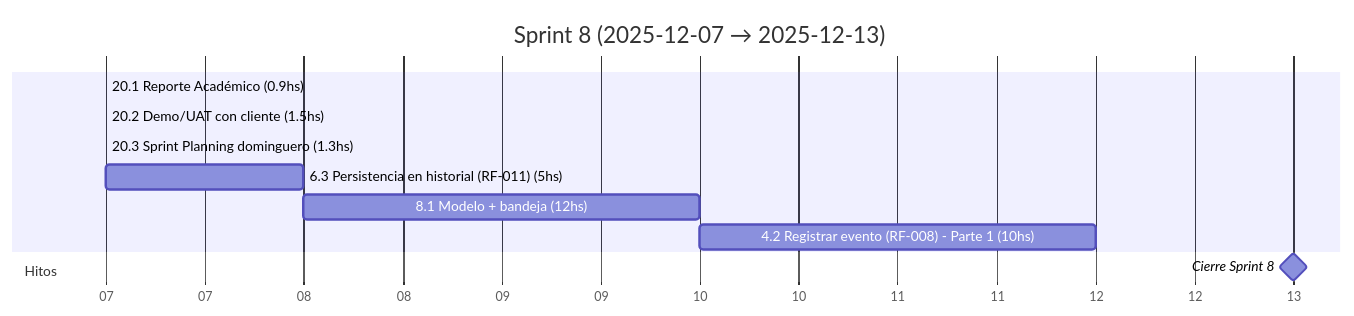
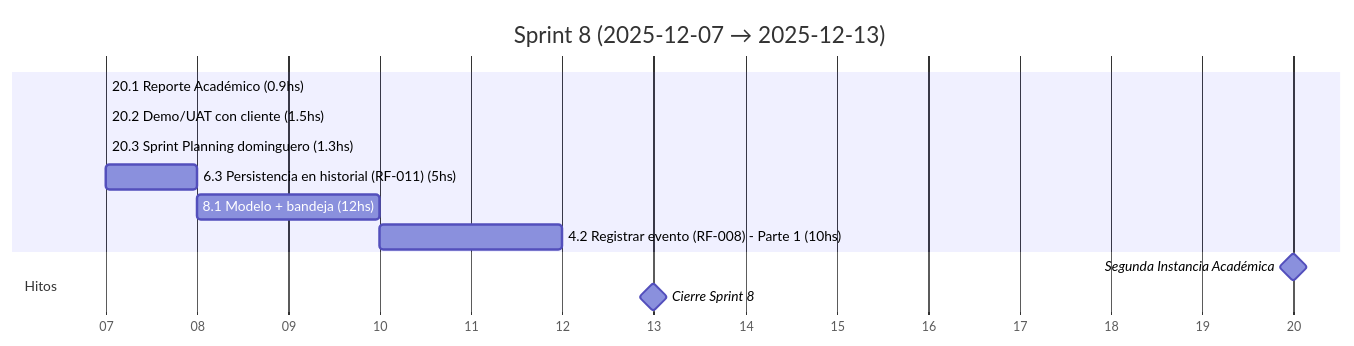
The ninth of 18 diagrams in docs/SprintsGantts.md (MarkMed/FleetMan), drawn with Mermaid before and after one commit. The commit also changed other lines of this file, not shown here.

Commit message:
Add academic milestones and event schedule to Gantt chart documentation

````diff
--- a/docs/SprintsGantts.md
+++ b/docs/SprintsGantts.md
@@ -222,18 +223,19 @@
 ```mermaid
 gantt
   title Sprint 8 (2025-12-07 → 2025-12-13)
   dateFormat  YYYY-MM-DD
   axisFormat  %d
 
   %% Asumimos 5 h/día. Horas estimadas incluidas en el nombre.
 
   20.1 Reporte Académico (0.9hs)               :t201, 2025-12-07, 0.2d
   20.2 Demo/UAT con cliente (1.5hs)            :t202, after t201, 0.3d
   20.3 Sprint Planning dominguero (1.3hs)      :t203, after t202, 0.3d
   6.3 Persistencia en historial (RF-011) (5hs) :t63, after t203, 1d
   8.1 Modelo + bandeja (12hs)                  :t81, after t63, 2.4d
   4.2 Registrar evento (RF-008) - Parte 1 (10hs) :t421, after t81, 2d
 
   section Hitos
+  Segunda Instancia Académica                   :milestone, acad2, 2025-12-20, 0d
   Cierre Sprint 8                              :milestone, s8, 2025-12-13, 0d
 ```
````
